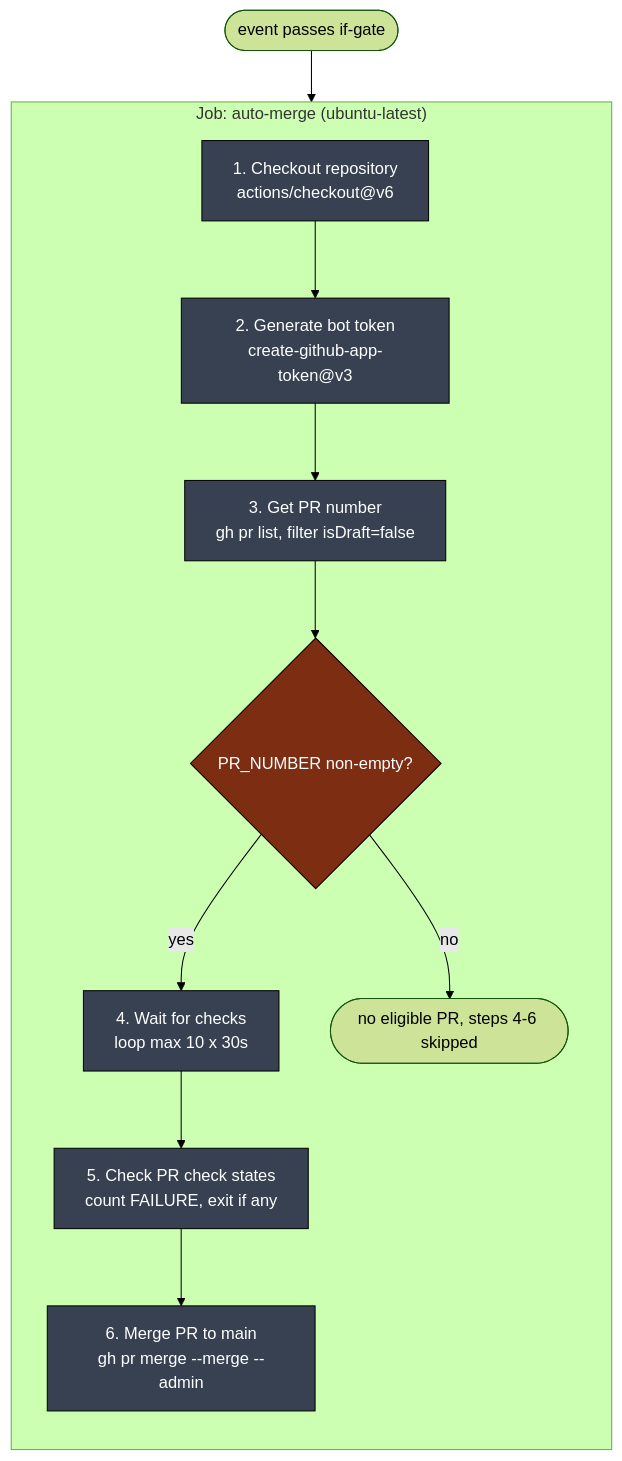
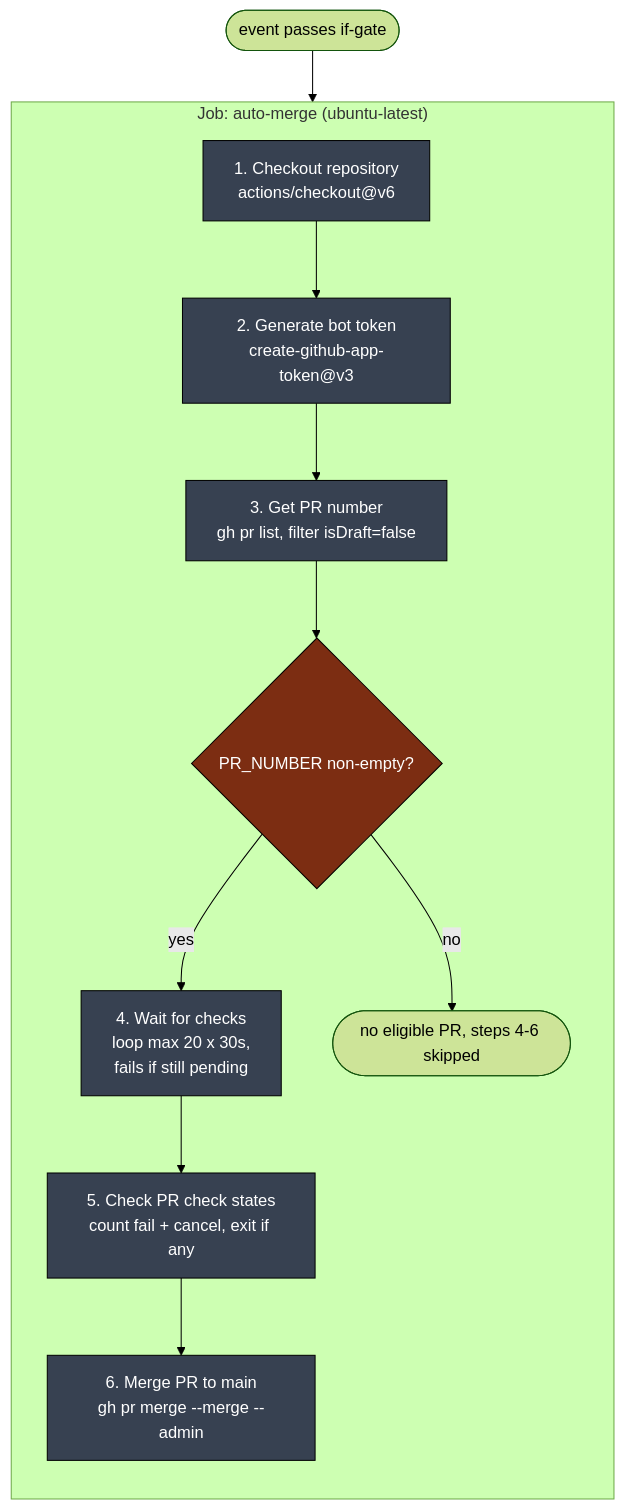
The fourth of 13 diagrams in .github/docs/AUTO_MERGE_MAIN_PR_DEEP_DIVE.md (llm-exe/llm-exe), drawn with Mermaid (forest theme) before and after one commit. The commit also changed other lines of this file and 2 other files, not shown here.

First line of the commit message:
ci(auto-merge): wait for queued checks and fail closed on timeout

````diff
--- a/.github/docs/AUTO_MERGE_MAIN_PR_DEEP_DIVE.md
+++ b/.github/docs/AUTO_MERGE_MAIN_PR_DEEP_DIVE.md
@@ -173,24 +173,24 @@
 ```mermaid
 flowchart TB
     classDef job fill:#1e3a8a,color:#fff,stroke:#000
     classDef step fill:#374151,color:#fff,stroke:#000
     classDef cond fill:#7c2d12,color:#fff,stroke:#000
 
     start([event passes if-gate])
     start --> J
 
     subgraph J["Job: auto-merge (ubuntu-latest)"]
         direction TB
         s1["1. Checkout repository\nactions/checkout@v6"]:::step
         s2["2. Generate bot token\ncreate-github-app-token@v3"]:::step
         s3["3. Get PR number\ngh pr list, filter isDraft=false"]:::step
         c1{PR_NUMBER non-empty?}:::cond
-        s4["4. Wait for checks\nloop max 10 x 30s"]:::step
-        s5["5. Check PR check states\ncount FAILURE, exit if any"]:::step
+        s4["4. Wait for checks\nloop max 20 x 30s,\nfails if still pending"]:::step
+        s5["5. Check PR check states\ncount fail + cancel, exit if any"]:::step
         s6["6. Merge PR to main\ngh pr merge --merge --admin"]:::step
 
         s1 --> s2 --> s3 --> c1
         c1 -->|yes| s4 --> s5 --> s6
         c1 -->|no| skip([no eligible PR, steps 4-6 skipped])
     end
 ```
````
